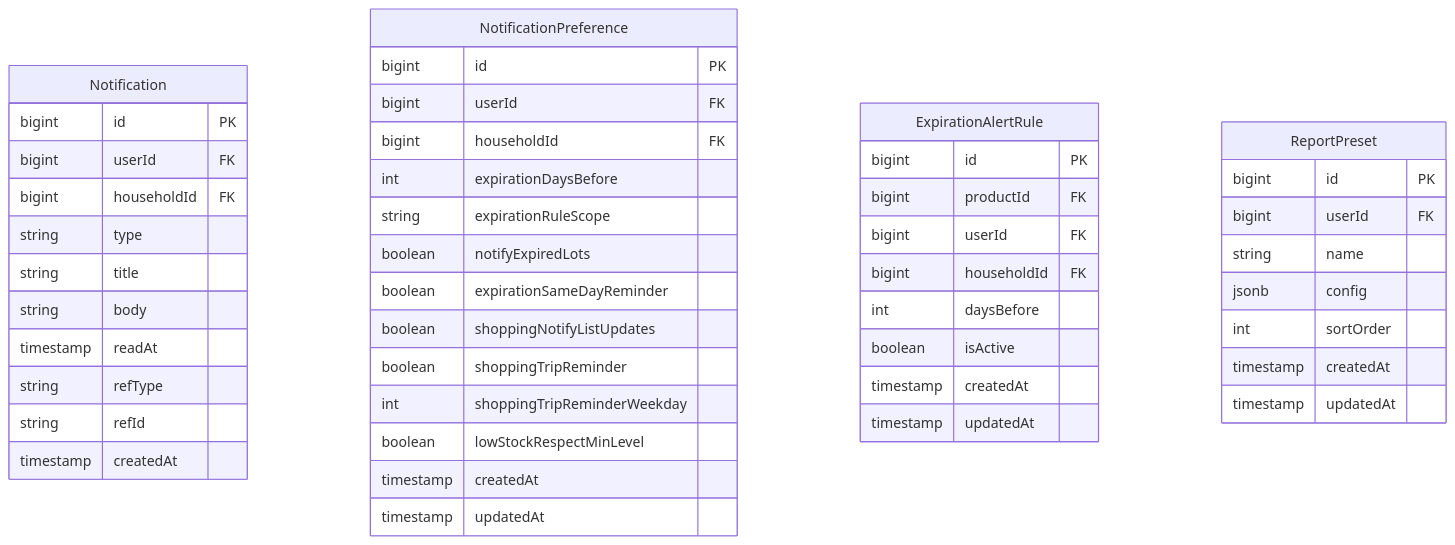
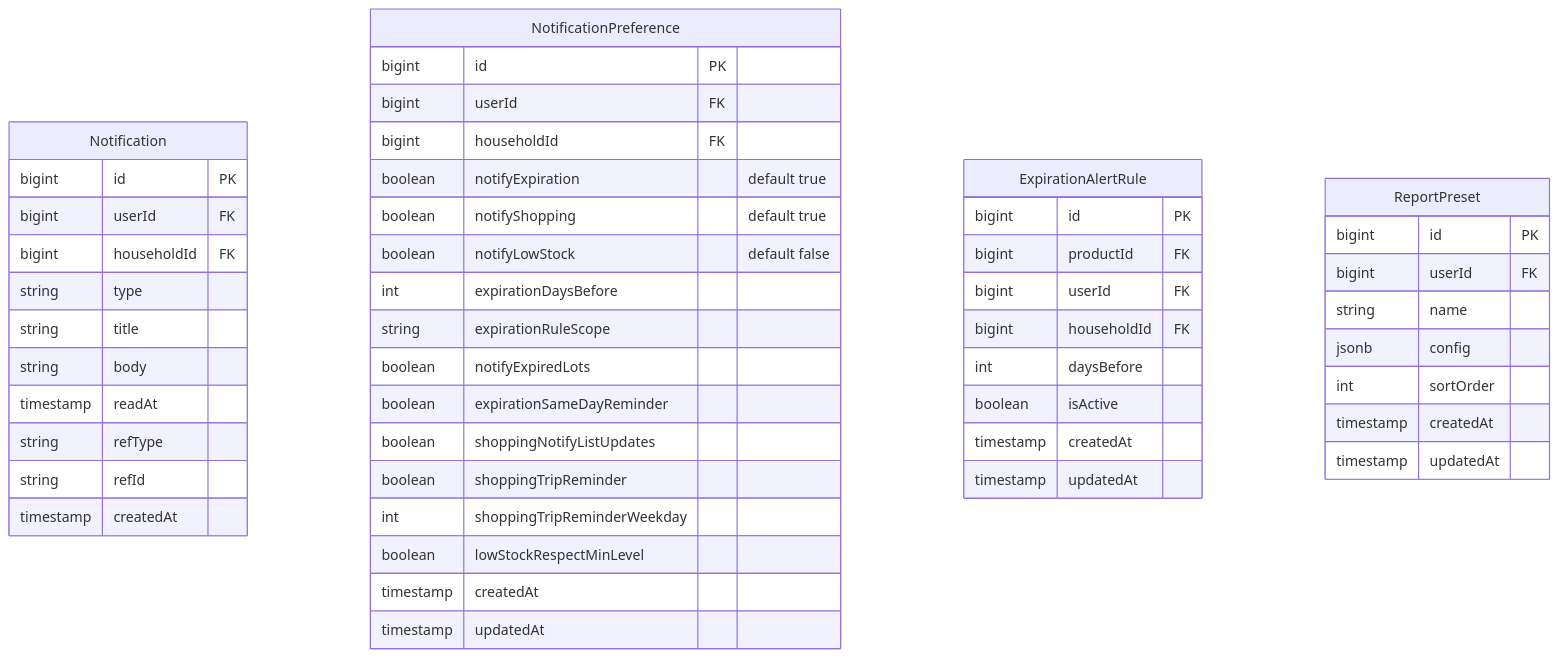
One commit to wukdddang/home-inventory-manager changed the seventh of 7 diagrams in docs/design/v2/entity-logical-design.md. Above: the diagram before and after it, drawn with Mermaid. The commit also changed other lines of this file and 5 other files, not shown here.

````diff
--- a/docs/design/v2/entity-logical-design.md
+++ b/docs/design/v2/entity-logical-design.md
@@ -321,49 +363,52 @@
 ```mermaid
 erDiagram
     Notification {
         bigint id PK
         bigint userId FK
         bigint householdId FK
         string type
         string title
         string body
         timestamp readAt
         string refType
         string refId
         timestamp createdAt
     }
     NotificationPreference {
         bigint id PK
         bigint userId FK
         bigint householdId FK
+        boolean notifyExpiration "default true"
+        boolean notifyShopping "default true"
+        boolean notifyLowStock "default false"
         int expirationDaysBefore
         string expirationRuleScope
         boolean notifyExpiredLots
         boolean expirationSameDayReminder
         boolean shoppingNotifyListUpdates
         boolean shoppingTripReminder
         int shoppingTripReminderWeekday
         boolean lowStockRespectMinLevel
         timestamp createdAt
         timestamp updatedAt
     }
     ExpirationAlertRule {
         bigint id PK
         bigint productId FK
         bigint userId FK
         bigint householdId FK
         int daysBefore
         boolean isActive
         timestamp createdAt
         timestamp updatedAt
     }
     ReportPreset {
         bigint id PK
         bigint userId FK
         string name
         jsonb config
         int sortOrder
         timestamp createdAt
         timestamp updatedAt
     }
 ```
````
